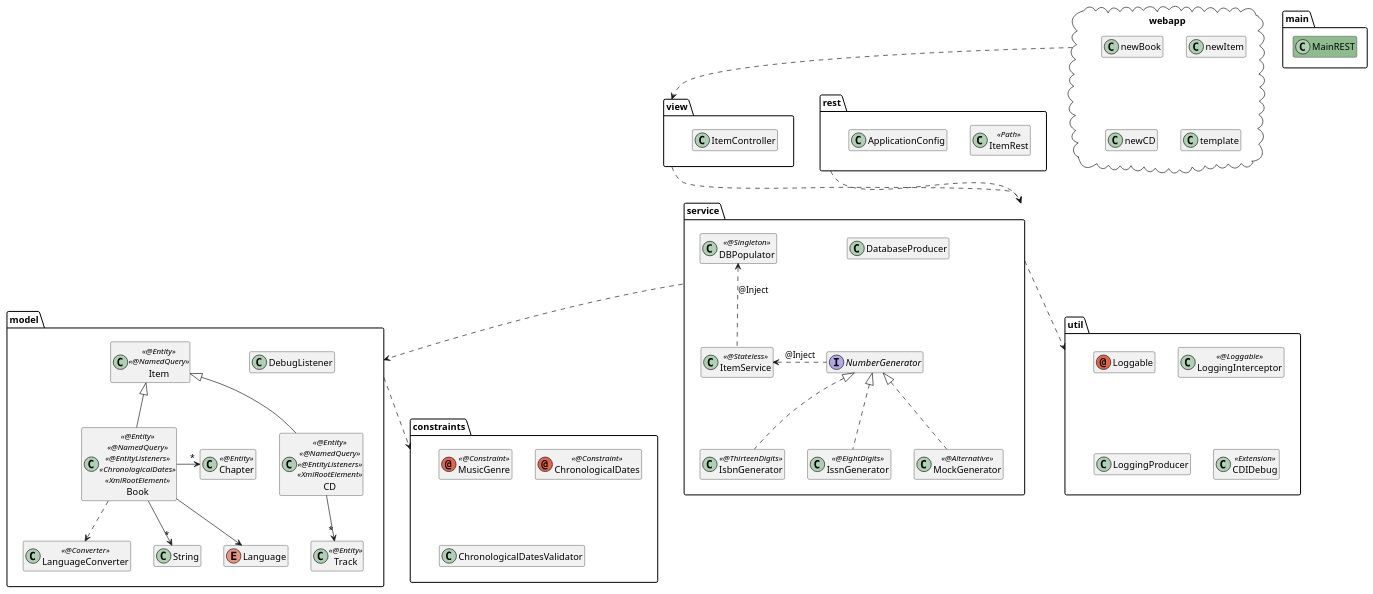
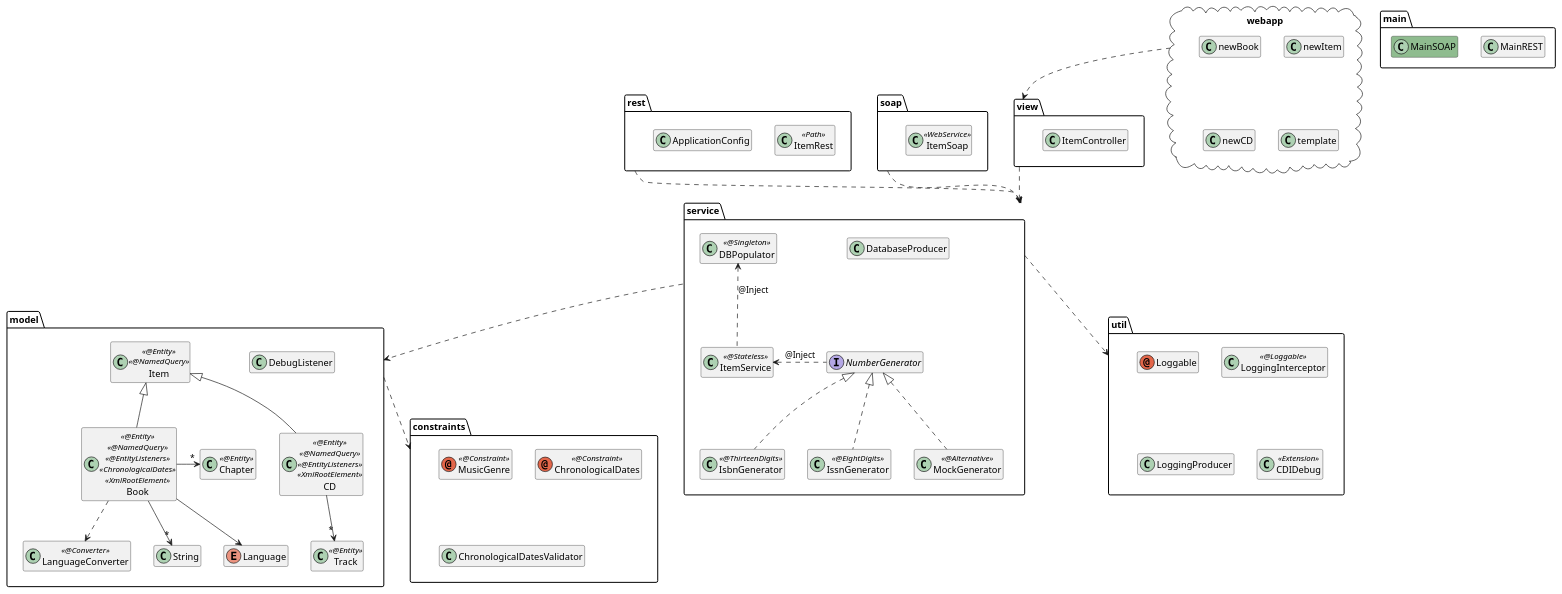
Before and after one commit to agoncal/agoncal-training-javaee7: the diagram in 19-SOAP/demo19.puml, drawn with PlantUML. The commit also changed 2 other files, not shown here.

Commit message:
Updating UML diagrams

```diff
--- a/19-SOAP/demo19.puml
+++ b/19-SOAP/demo19.puml
@@ -1,81 +1,87 @@
 @startuml
 
 hide members
 
 package "main" {
-    class MainREST #8FBC8F
+    class MainREST
+    class MainSOAP #8FBC8F
 }
 
 package "webapp"  <<Cloud>> {
     class newItem
     class newBook
     class newCD
     class template
 }
 
 package "view"  {
     class ItemController
 }
 
 package "rest"  {
     class ItemRest  << Path >>
     class ApplicationConfig
+}
+
+package "soap"  {
+    class ItemSoap  << WebService >>
 }
 
 package "service" {
     interface NumberGenerator
     class IsbnGenerator << @ThirteenDigits >>
     class IssnGenerator << @EightDigits >>
     class MockGenerator << @Alternative >>
     class ItemService << @Stateless >>
     class DatabaseProducer
     class DBPopulator << @Singleton >>
 
     ItemService <.right. NumberGenerator : @Inject
     DBPopulator <.down. ItemService : @Inject
     NumberGenerator <|.. IsbnGenerator
     NumberGenerator <|.. IssnGenerator
     NumberGenerator <|.. MockGenerator
 }
 
 package "model" {
     class DebugListener
     class Item << @Entity >> << @NamedQuery >>
     class CD << @Entity >> << @NamedQuery >> << @EntityListeners >> << XmlRootElement >>
     class Track << @Entity >>
     class Chapter << @Entity >>
     class Book << @Entity >> << @NamedQuery >> << @EntityListeners >> << ChronologicalDates >> << XmlRootElement >>
     class String
     enum Language
     class LanguageConverter << @Converter >>
 
     Item <|-- CD
     Item <|-- Book
     CD --> "*" Track
     Book --> "*" String
     Book -right-> "*" Chapter
     Book --> Language
     Book ..> LanguageConverter
 }
 
 package "constraints" {
     annotation MusicGenre << @Constraint >>
     annotation ChronologicalDates << @Constraint >>
     class ChronologicalDatesValidator
 }
 
 package "util" {
     annotation Loggable
     class LoggingInterceptor << @Loggable >>
     class LoggingProducer
     class CDIDebug << Extension >>
 }
 
 webapp ..> view
 rest ..> service
+soap ..> service
 view ..> service
 service ..> model
 service ..> util
 model ..> constraints
 
 @enduml
```
